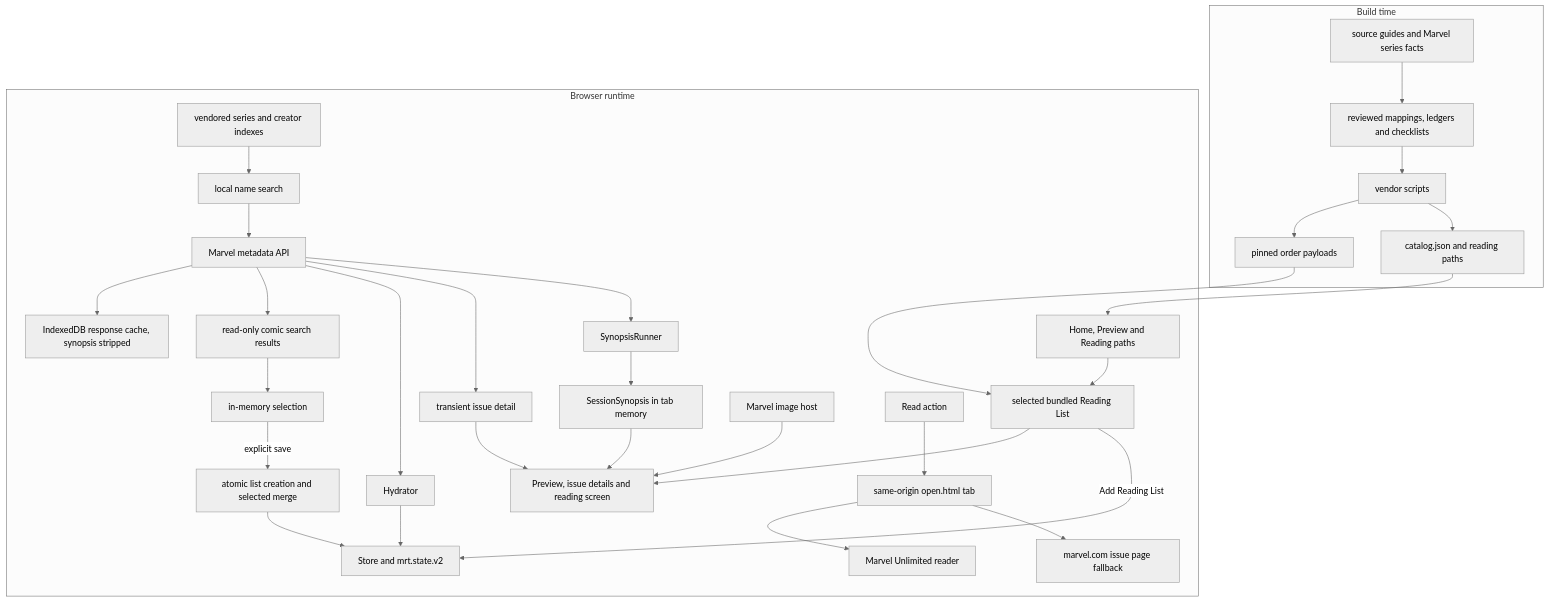
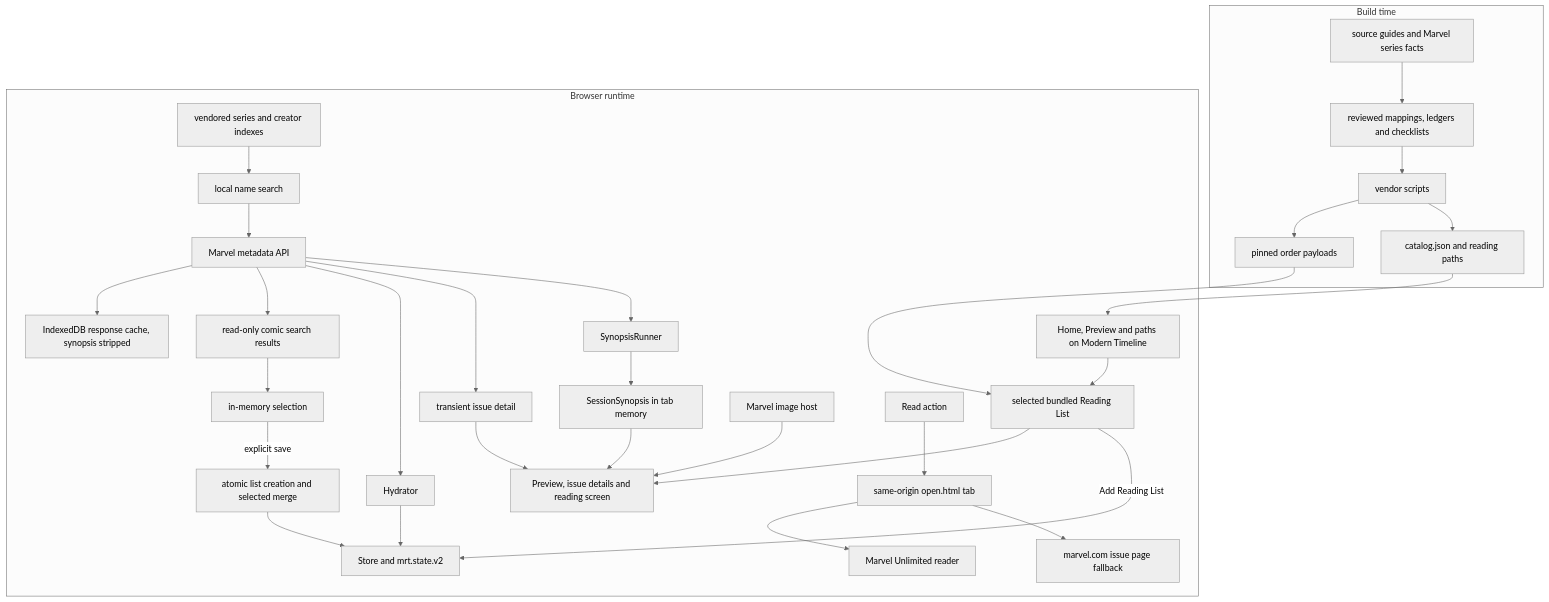
One commit to raymond-nassar/recap-page changed the third of 6 diagrams in docs/ARCHITECTURE.md. Above: the diagram before and after it, drawn with Mermaid (neutral theme). The commit also changed other lines of this file and 47 other files, not shown here.

````diff
--- a/docs/ARCHITECTURE.md
+++ b/docs/ARCHITECTURE.md
@@ -153,38 +153,38 @@
 ```mermaid
 flowchart TD
   subgraph build["Build time"]
     sources["source guides and Marvel series facts"] --> evidence["reviewed mappings, ledgers and checklists"]
     evidence --> vendor["vendor scripts"]
     vendor --> payloads["pinned order payloads"]
     vendor --> catalog["catalog.json and reading paths"]
   end
 
   subgraph browser["Browser runtime"]
-    catalog --> browse["Home, Preview and Reading paths"]
+    catalog --> browse["Home, Preview and paths on Modern Timeline"]
     payloads --> preview["selected bundled Reading List"]
     browse --> preview
     preview --> screen["Preview, issue details and reading screen"]
     preview -->|"Add Reading List"| store["Store and mrt.state.v2"]
 
     indexes["vendored series and creator indexes"] --> add["local name search"]
     add --> api["Marvel metadata API"]
     api --> responseCache["IndexedDB response cache, synopsis stripped"]
     api --> comicResults["read-only comic search results"]
     comicResults --> selected["in-memory selection"]
     selected -->|"explicit save"| addWriter["atomic list creation and selected merge"]
     addWriter --> store
     api --> hydrator["Hydrator"]
     hydrator --> store
     api --> details["transient issue detail"]
     details --> screen
 
     api --> synopsisRunner["SynopsisRunner"]
     synopsisRunner --> memory["SessionSynopsis in tab memory"]
     memory --> screen
 
     covers["Marvel image host"] --> screen
     read["Read action"] --> launch["same-origin open.html tab"]
     launch --> reader["Marvel Unlimited reader"]
     launch --> issuePage["marvel.com issue page fallback"]
   end
 ```
````
